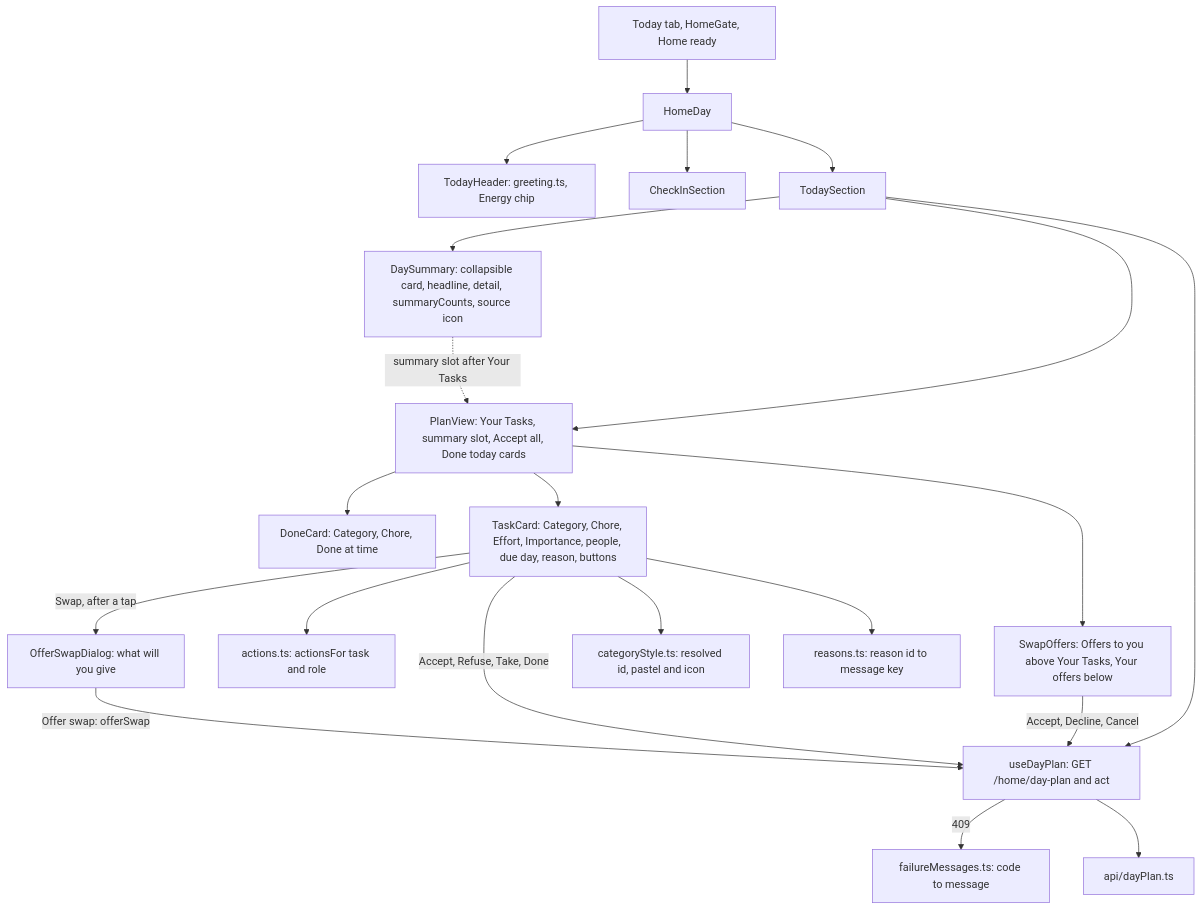
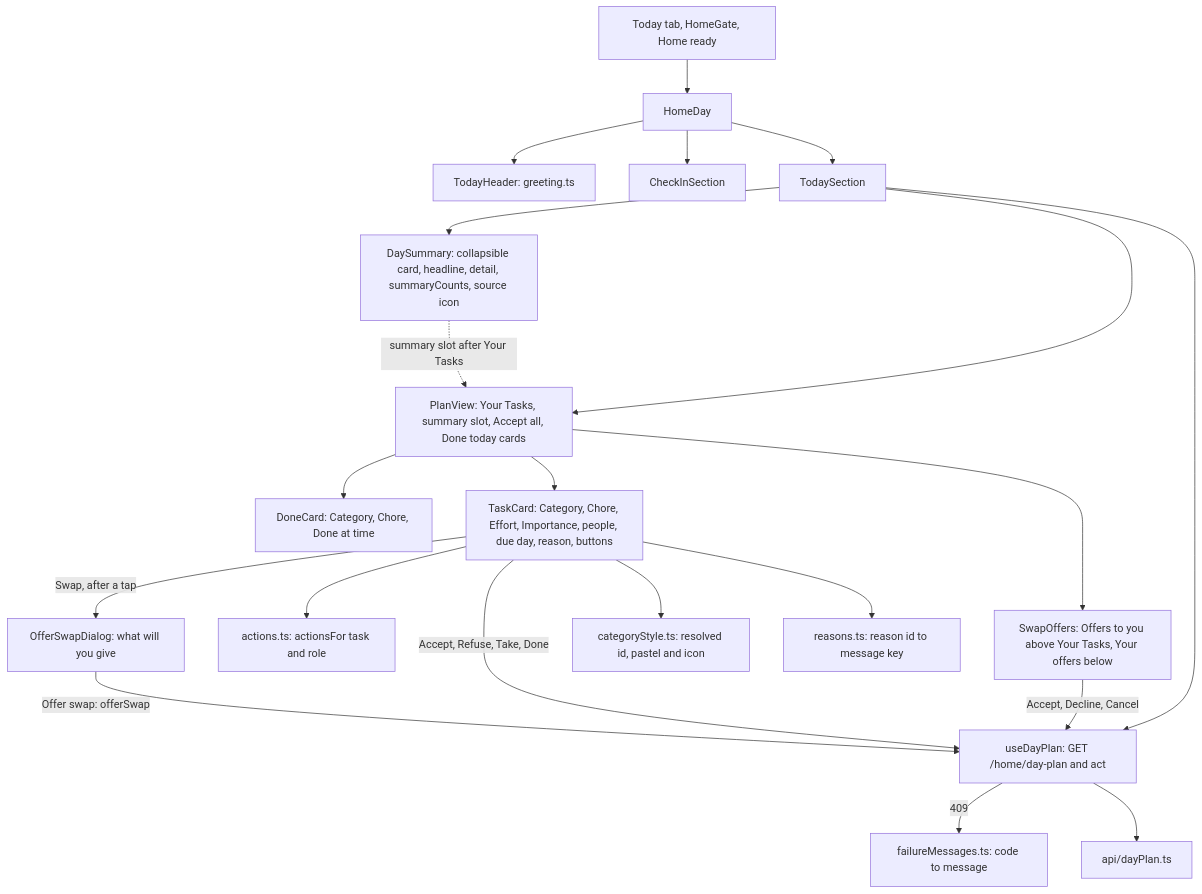
One commit to AbnerWillclefy/Homeowner changed the ninth of 11 diagrams in docs/architecture/web.md. Above: the diagram before and after it, drawn with Mermaid. The commit also changed other lines of this file and 4 other files, not shown here.

````diff
--- a/docs/architecture/web.md
+++ b/docs/architecture/web.md
@@ -486,23 +486,23 @@
 ```mermaid
 flowchart TD
     HS[Today tab, HomeGate, Home ready] --> HD[HomeDay]
-    HD --> TH[TodayHeader: greeting.ts, Energy chip]
+    HD --> TH[TodayHeader: greeting.ts]
     HD --> CI[CheckInSection]
     HD --> TS[TodaySection]
     TS --> DS[DaySummary: collapsible card, headline, detail, summaryCounts, source icon]
     TS --> UD[useDayPlan: GET /home/day-plan and act]
     TS --> PV[PlanView: Your Tasks, summary slot, Accept all, Done today cards]
     DS -.->|summary slot after Your Tasks| PV
     PV --> SO[SwapOffers: Offers to you above Your Tasks, Your offers below]
     SO -->|Accept, Decline, Cancel| UD
     PV --> DC[DoneCard: Category, Chore, Done at time]
     PV --> TC[TaskCard: Category, Chore, Effort, Importance, people, due day, reason, buttons]
     TC --> AC[actions.ts: actionsFor task and role]
     TC -->|Accept, Refuse, Take, Done| UD
     TC -->|Swap, after a tap| OD[OfferSwapDialog: what will you give]
     OD -->|Offer swap: offerSwap| UD
     UD -->|409| FM[failureMessages.ts: code to message]
     TC --> CS[categoryStyle.ts: resolved id, pastel and icon]
     TC --> R[reasons.ts: reason id to message key]
     UD --> API[api/dayPlan.ts]
 ```
````
